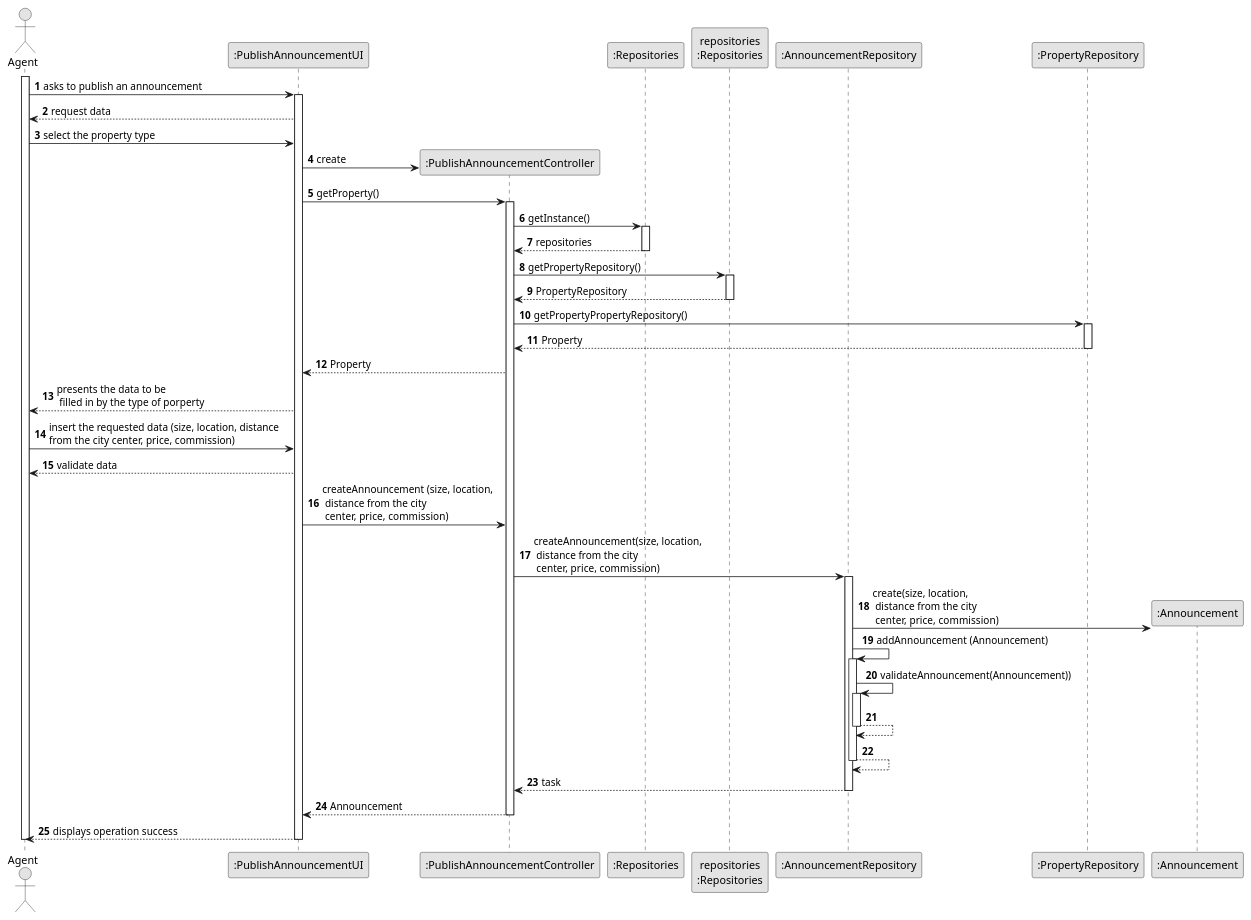
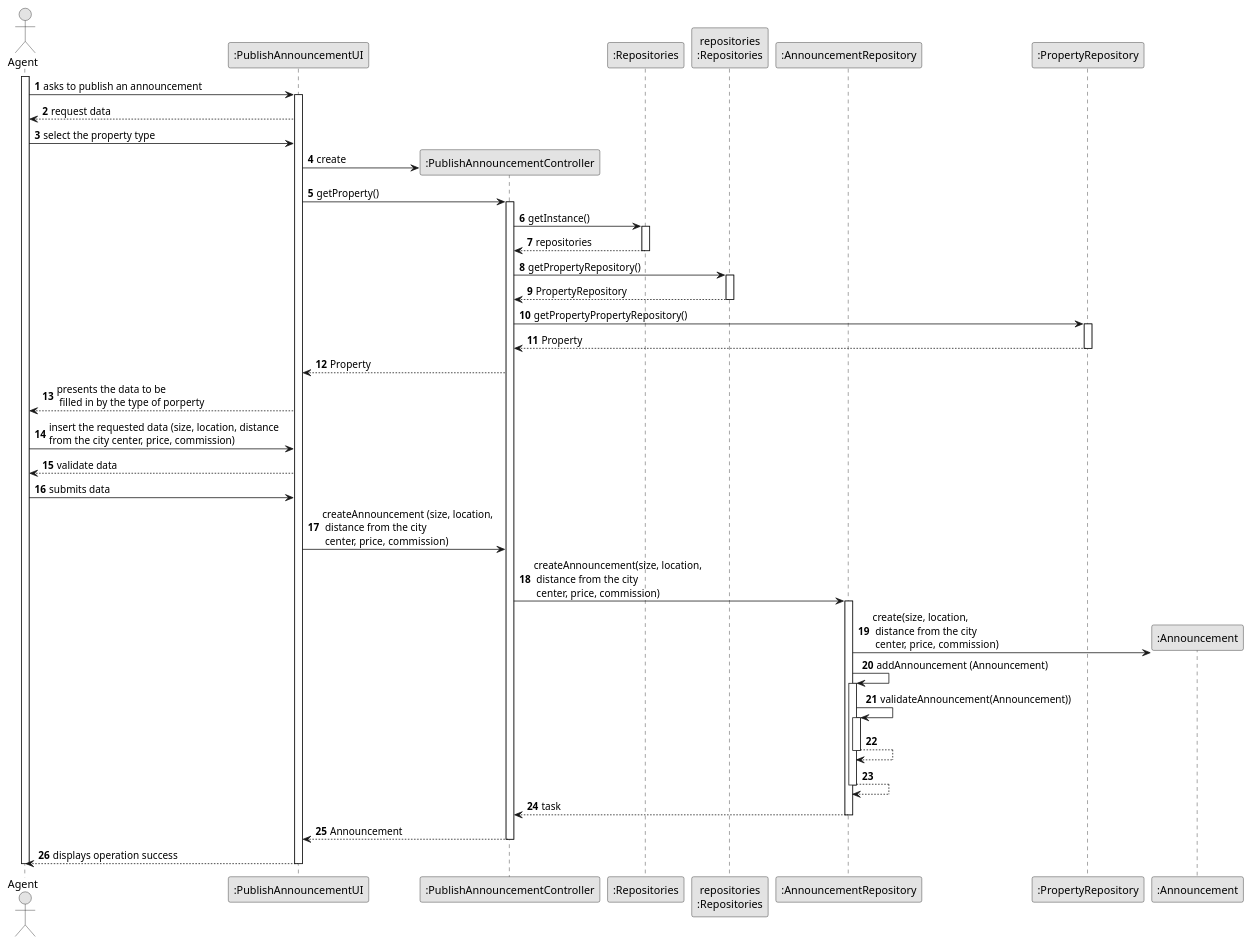
One commit to tiagohcorreia/LAPR2 changed the diagram in docs/sprintB/US002/03.design/puml/US2_SD.puml. Above: the diagram before and after it, drawn with PlantUML. The commit also changed 3 other files, not shown here.

```diff
--- a/docs/sprintB/US002/03.design/puml/US2_SD.puml
+++ b/docs/sprintB/US002/03.design/puml/US2_SD.puml
@@ -1,90 +1,92 @@
 @startuml
 skinparam monochrome true
 skinparam packageStyle rectangle
 skinparam shadowing false
 
 autonumber
 
 'hide footbox
 actor "Agent" as AG
 participant ":PublishAnnouncementUI" as UI
 participant ":PublishAnnouncementController" as CTRL
 participant ":Repositories" as RepositorySingleton
 participant "repositories\n:Repositories" as REP
 participant ":AnnouncementRepository" as AnnouncementREP
 participant ":PropertyRepository" as PropertyREP
 participant ":Announcement" as Announcement
 
 activate AG
 
         AG -> UI : asks to publish an announcement
         activate UI
 
         UI --> AG : request data
 
         AG -> UI : select the property type
 
                UI -> CTRL** : create
 
                UI -> CTRL : getProperty()
 
                  activate CTRL
 
                   CTRL -> RepositorySingleton : getInstance()
                   activate RepositorySingleton
 
                   RepositorySingleton --> CTRL: repositories
                   deactivate RepositorySingleton
 
                    CTRL -> REP : getPropertyRepository()
                        activate REP
 
                         REP --> CTRL: PropertyRepository
                           deactivate REP
 
                            CTRL -> PropertyREP : getPropertyPropertyRepository()
                              activate PropertyREP
 
                                PropertyREP --> CTRL: Property
                                  deactivate PropertyREP
 
 
                    CTRL --> UI : Property
 
                    UI --> AG : presents the data to be\n filled in by the type of porperty
 
                    AG -> UI : insert the requested data (size, location, distance \nfrom the city center, price, commission)
 
                    UI --> AG : validate data
 
+                   AG -> UI : submits data
+
                    UI -> CTRL : createAnnouncement (size, location,\n distance from the city \n center, price, commission)
 
                 CTRL -> AnnouncementREP: createAnnouncement(size, location,\n distance from the city \n center, price, commission)
             activate AnnouncementREP
 
                 AnnouncementREP -> Announcement**: create(size, location,\n distance from the city \n center, price, commission)
                 AnnouncementREP -> AnnouncementREP: addAnnouncement (Announcement)
 
 
                 activate AnnouncementREP
                     AnnouncementREP -> AnnouncementREP: validateAnnouncement(Announcement))
                     activate AnnouncementREP
                         AnnouncementREP --> AnnouncementREP
                     deactivate AnnouncementREP
 
                     AnnouncementREP --> AnnouncementREP
                 deactivate AnnouncementREP
 
                 AnnouncementREP --> CTRL : task
 
                 deactivate AnnouncementREP
 
                             CTRL --> UI: Announcement
                             deactivate CTRL
                             UI --> AG: displays operation success
                     deactivate UI
 
                 deactivate AG
 
 
           @enduml
```
